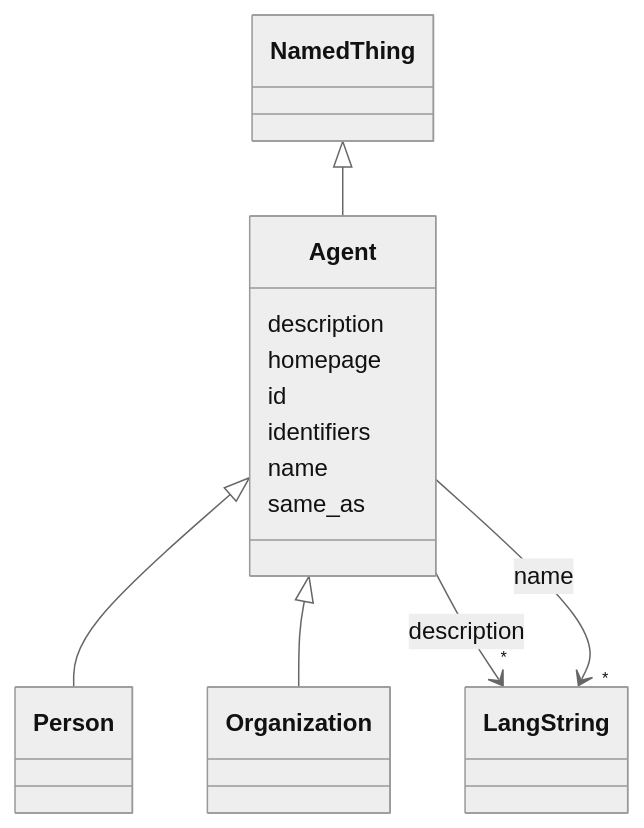
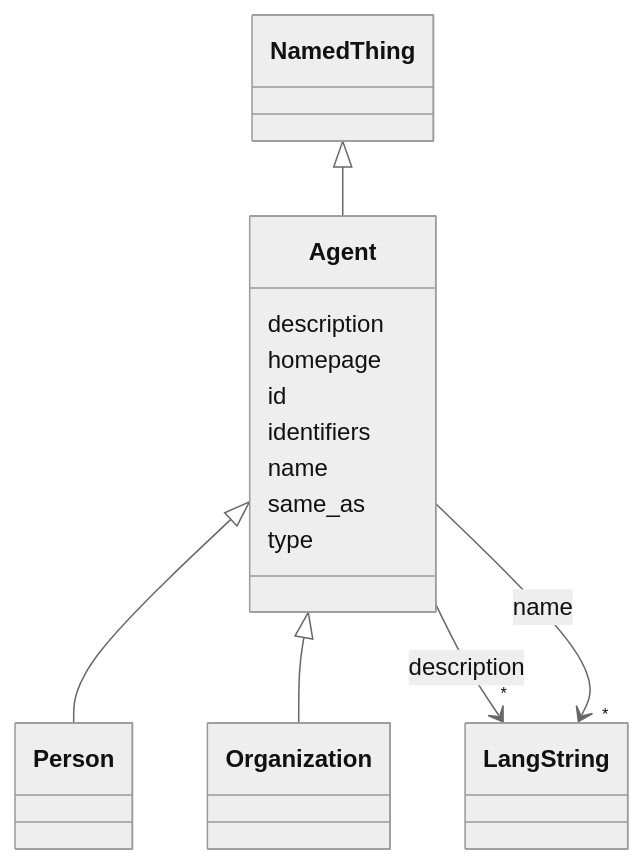
The diagram in docs/classes/Agent.md (DARIAH-IL/idhi-manifests), drawn with Mermaid (neutral theme) before and after one commit. The commit also changed other lines of this file and 26 other files, not shown here.

````diff
--- a/docs/classes/Agent.md
+++ b/docs/classes/Agent.md
@@ -25,46 +25,48 @@
 ```mermaid
  classDiagram
     class Agent
     click Agent href "../../classes/Agent/"
       NamedThing <|-- Agent
         click NamedThing href "../../classes/NamedThing/"
       
 
       Agent <|-- Person
         click Person href "../../classes/Person/"
       Agent <|-- Organization
         click Organization href "../../classes/Organization/"
       
 
       Agent : description
         
           
     
         
         
         Agent --> "*" LangString : description
         click LangString href "../../classes/LangString/"
     
 
         
       Agent : homepage
         
       Agent : id
         
       Agent : identifiers
         
       Agent : name
         
           
     
         
         
         Agent --> "*" LangString : name
         click LangString href "../../classes/LangString/"
     
 
         
       Agent : same_as
         
+      Agent : type
+        
       
 ```
````
